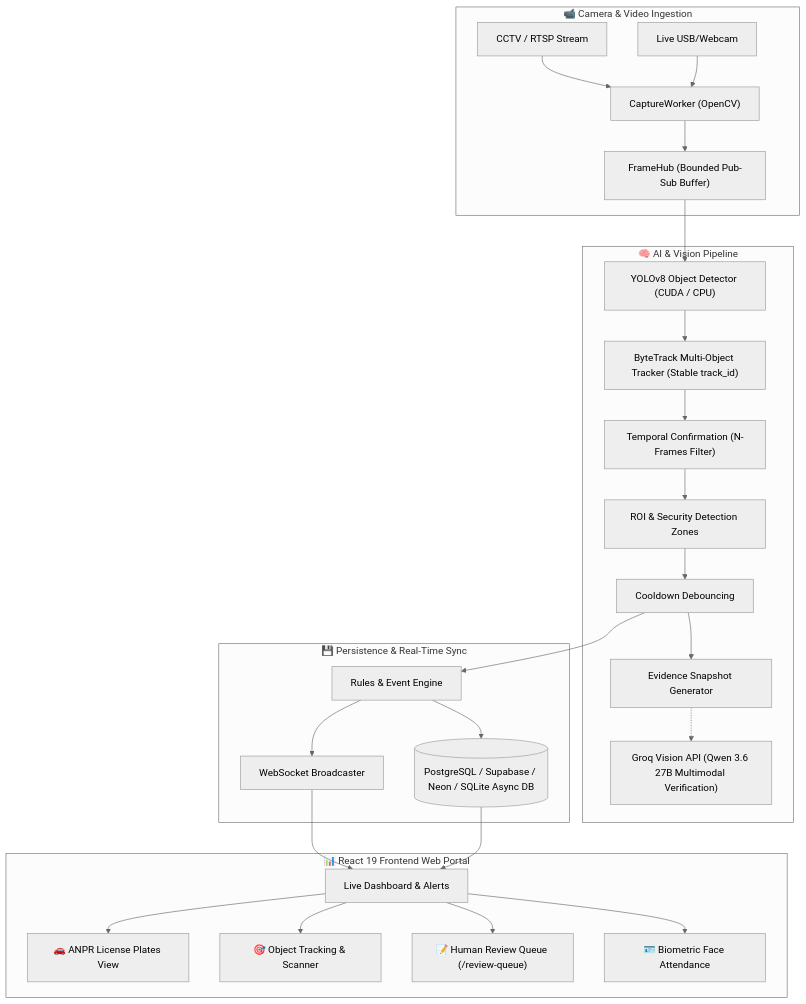
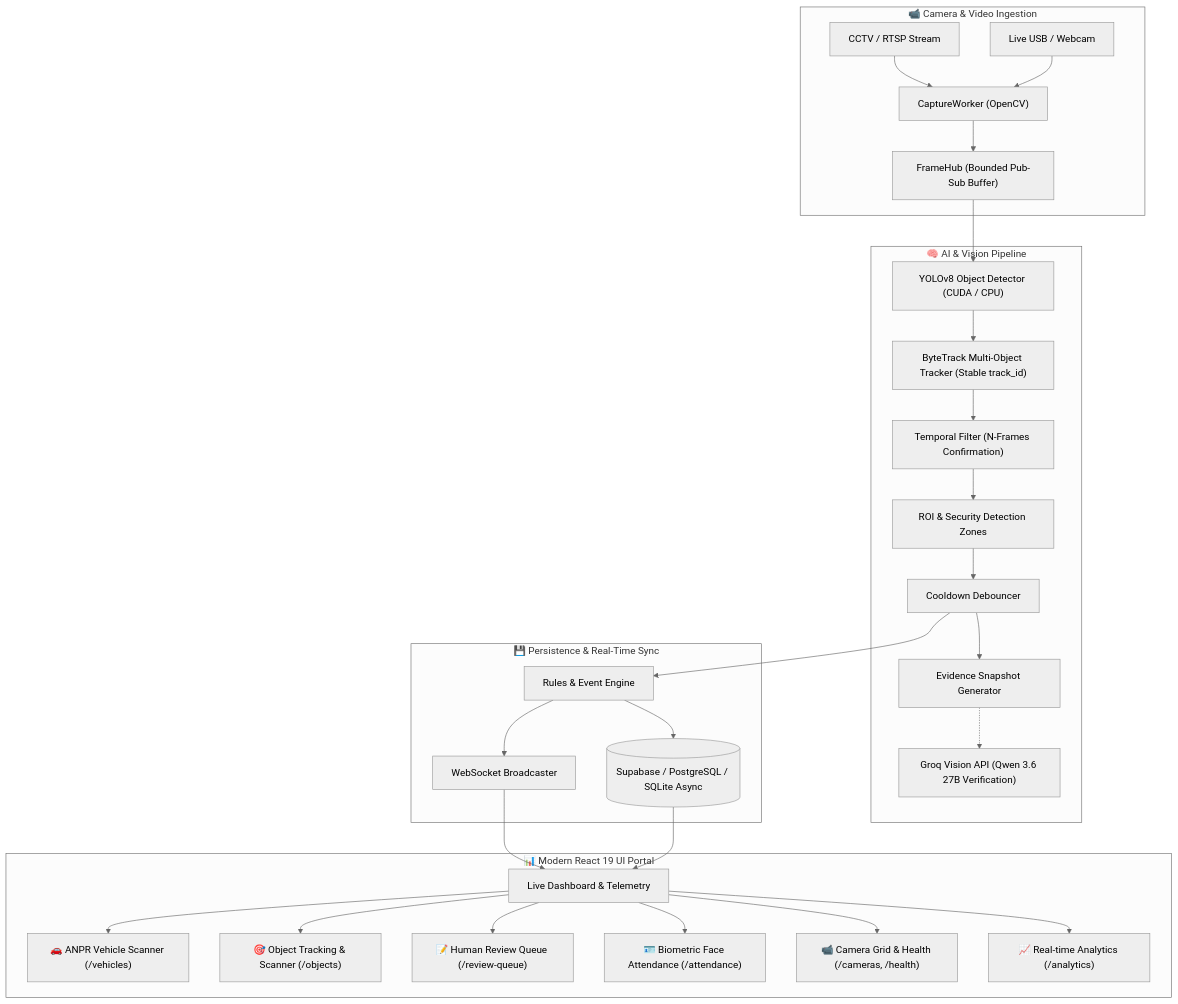
Before and after one commit to rameez-1807/SURVILENCE-SYSTEM-NEW_CODE: the diagram in README.md, drawn with Mermaid (neutral theme). The commit also changed other lines of this file and 29 other files, not shown here.

````diff
--- a/README.md
+++ b/README.md
@@ -49,33 +70,35 @@
 ```mermaid
 flowchart TD
     subgraph Video_Ingestion["📹 Camera & Video Ingestion"]
         RTSP["CCTV / RTSP Stream"] --> Worker["CaptureWorker (OpenCV)"]
-        Webcam["Live USB/Webcam"] --> Worker
+        Webcam["Live USB / Webcam"] --> Worker
         Worker --> Hub["FrameHub (Bounded Pub-Sub Buffer)"]
     end
 
     subgraph AI_Engine["🧠 AI & Vision Pipeline"]
         Hub --> YOLO["YOLOv8 Object Detector (CUDA / CPU)"]
         YOLO --> Tracker["ByteTrack Multi-Object Tracker (Stable track_id)"]
-        Tracker --> Confirm["Temporal Confirmation (N-Frames Filter)"]
+        Tracker --> Confirm["Temporal Filter (N-Frames Confirmation)"]
         Confirm --> Zones["ROI & Security Detection Zones"]
-        Zones --> Cooldown["Cooldown Debouncing"]
+        Zones --> Cooldown["Cooldown Debouncer"]
         Cooldown --> Snapshot["Evidence Snapshot Generator"]
-        Snapshot -.-> Groq["Groq Vision API (Qwen 3.6 27B Multimodal Verification)"]
+        Snapshot -.-> Groq["Groq Vision API (Qwen 3.6 27B Verification)"]
     end
 
-    subgraph Storage_and_Messaging["💾 Persistence & Real-Time Sync"]
+    subgraph Persistence_Messaging["💾 Persistence & Real-Time Sync"]
         Cooldown --> EventEngine["Rules & Event Engine"]
-        EventEngine --> DB[(PostgreSQL / Supabase / Neon / SQLite Async DB)]
+        EventEngine --> DB[(Supabase / PostgreSQL / SQLite Async)]
         EventEngine --> WS["WebSocket Broadcaster"]
     end
 
-    subgraph Frontend_App["📊 React 19 Frontend Web Portal"]
-        WS --> UI["Live Dashboard & Alerts"]
+    subgraph Frontend_App["📊 Modern React 19 UI Portal"]
+        WS --> UI["Live Dashboard & Telemetry"]
         DB --> UI
-        UI --> ANPR_UI["🚗 ANPR License Plates View"]
-        UI --> Obj_UI["🎯 Object Tracking & Scanner"]
+        UI --> ANPR_UI["🚗 ANPR Vehicle Scanner (/vehicles)"]
+        UI --> Obj_UI["🎯 Object Tracking & Scanner (/objects)"]
         UI --> Review_UI["📝 Human Review Queue (/review-queue)"]
-        UI --> Att_UI["🪪 Biometric Face Attendance"]
+        UI --> Att_UI["🪪 Biometric Face Attendance (/attendance)"]
+        UI --> Cam_UI["📹 Camera Grid & Health (/cameras, /health)"]
+        UI --> Analytics_UI["📈 Real-time Analytics (/analytics)"]
     end
 ```
````
